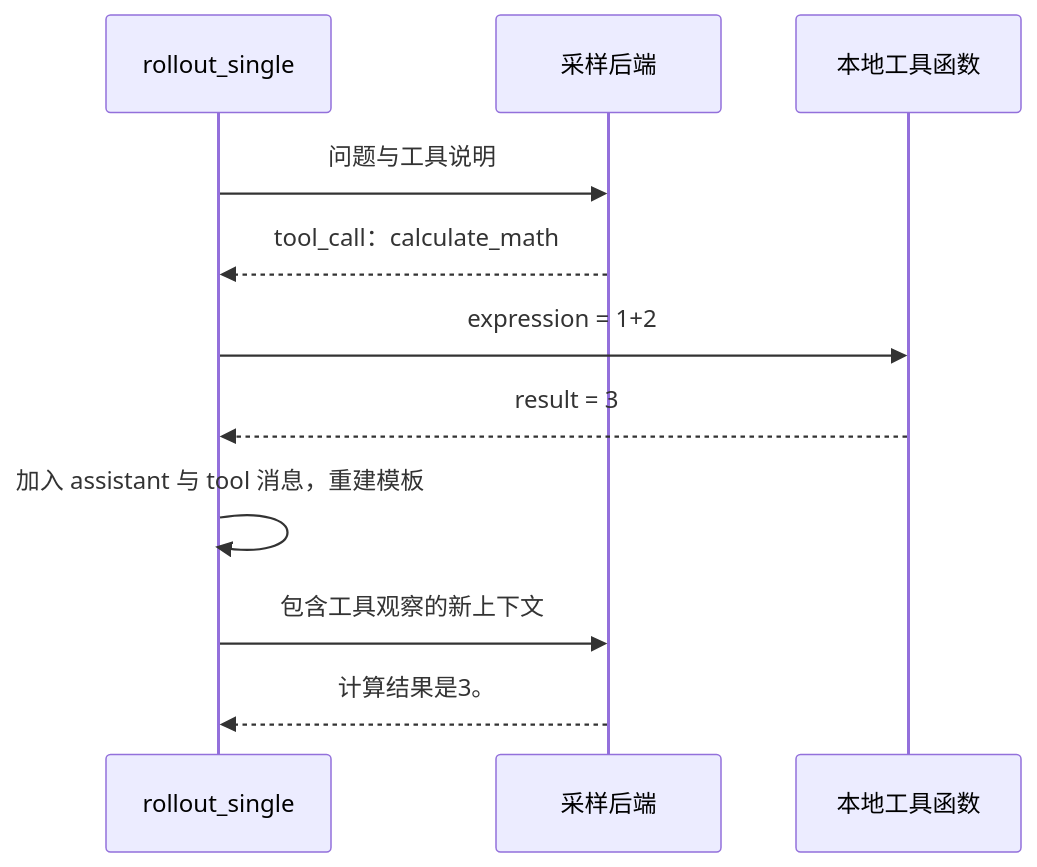
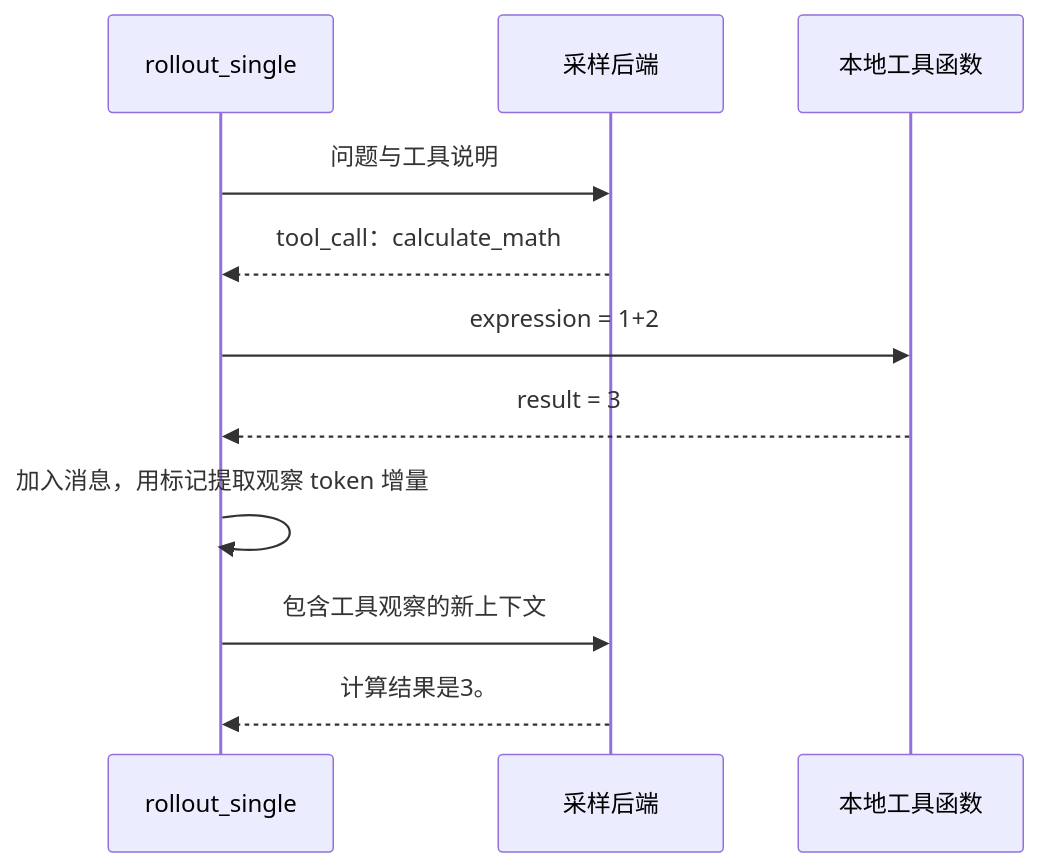
The first of 2 diagrams in book/13-agent/README.md (cluster1900/minimind_reader), drawn with Mermaid before and after one commit. The commit also changed other lines of this file and 17 other files, not shown here.

````diff
--- a/book/13-agent/README.md
+++ b/book/13-agent/README.md
@@ -59,13 +63,13 @@
 ```mermaid
 sequenceDiagram
     participant R as rollout_single
     participant P as 采样后端
     participant T as 本地工具函数
     R->>P: 问题与工具说明
     P-->>R: tool_call：calculate_math
     R->>T: expression = 1+2
     T-->>R: result = 3
-    R->>R: 加入 assistant 与 tool 消息，重建模板
+    R->>R: 加入消息，用标记提取观察 token 增量
     R->>P: 包含工具观察的新上下文
     P-->>R: 计算结果是3。
 ```
````
